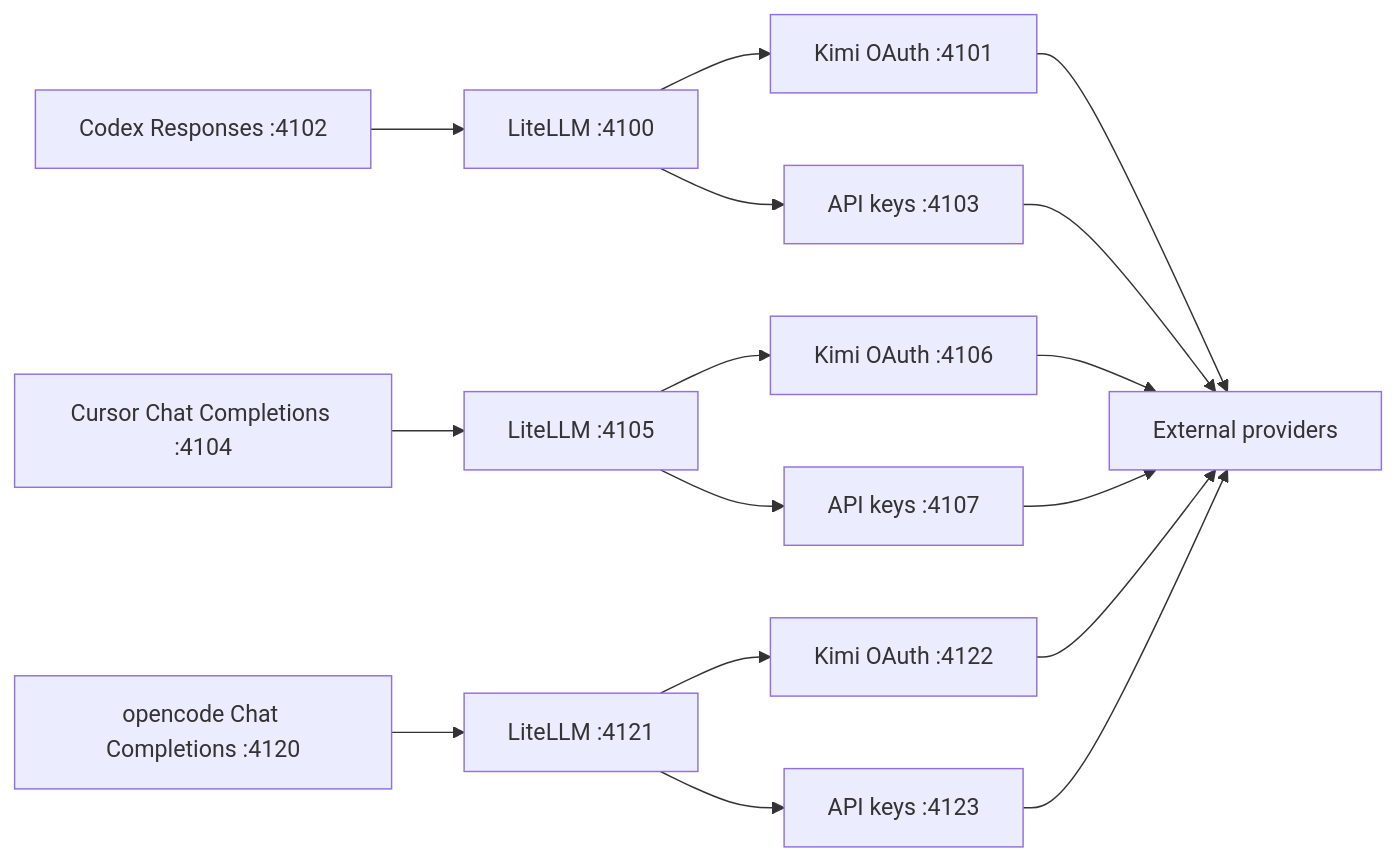
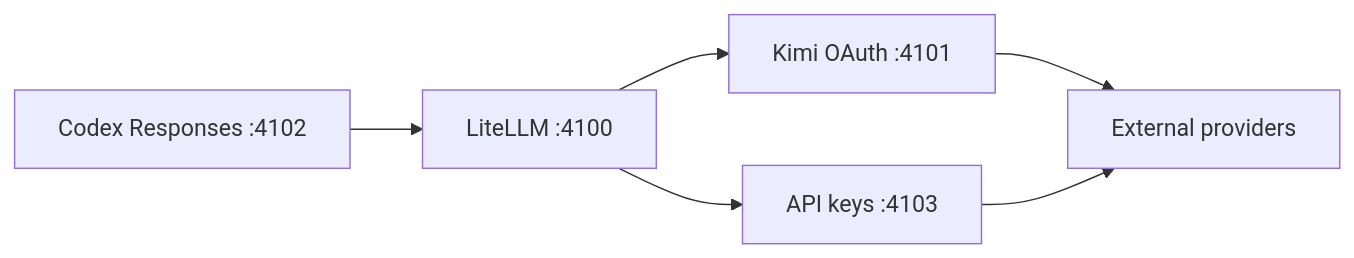
The diagram in README.md (520qianjiawen/codex-router), drawn with Mermaid before and after one commit. The commit also changed other lines of this file and 46 other files, not shown here.

First line of the commit message:
refactor!: remove the Cursor and opencode app targets

````diff
--- a/README.md
+++ b/README.md
@@ -488,18 +470,8 @@
 ```mermaid
 flowchart LR
   C["Codex Responses :4102"] --> L1["LiteLLM :4100"]
-  U["Cursor Chat Completions :4104"] --> L2["LiteLLM :4105"]
-  O["opencode Chat Completions :4120"] --> L3["LiteLLM :4121"]
   L1 --> K1["Kimi OAuth :4101"]
   L1 --> A1["API keys :4103"]
-  L2 --> K2["Kimi OAuth :4106"]
-  L2 --> A2["API keys :4107"]
-  L3 --> K3["Kimi OAuth :4122"]
-  L3 --> A3["API keys :4123"]
   K1 --> P["External providers"]
   A1 --> P
-  K2 --> P
-  A2 --> P
-  K3 --> P
-  A3 --> P
 ```
````
